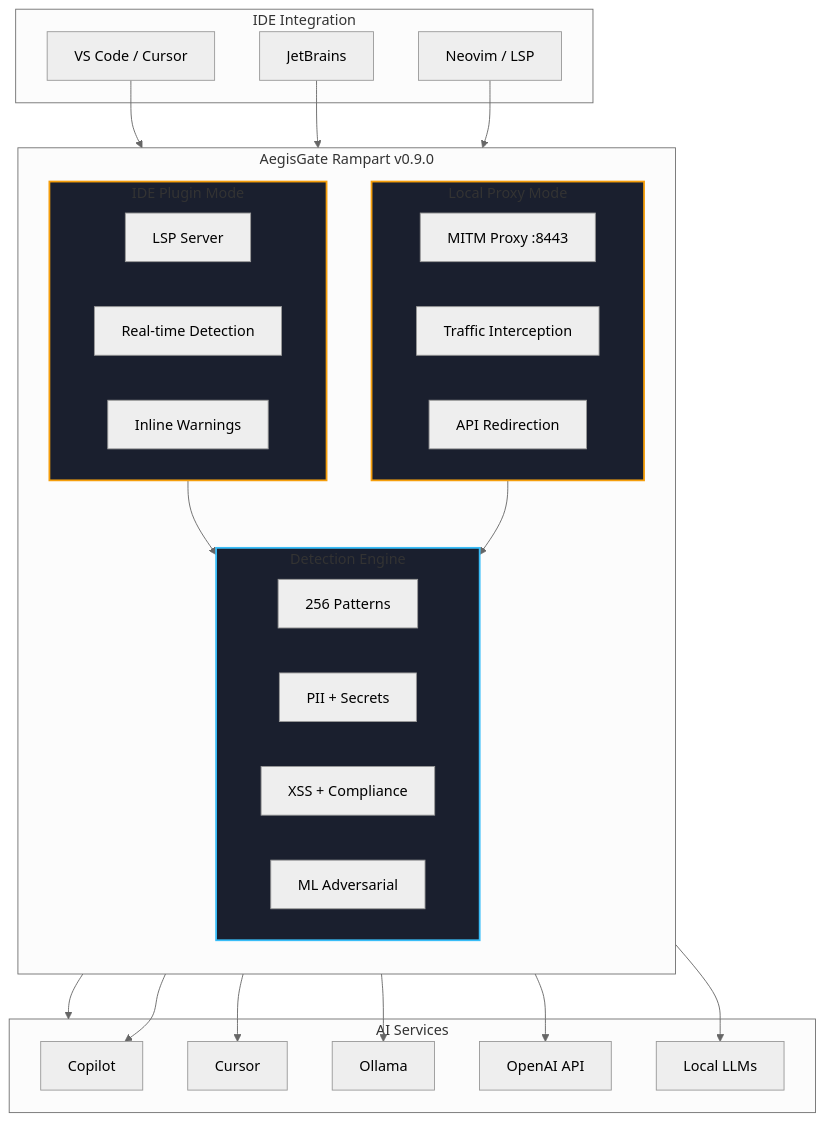
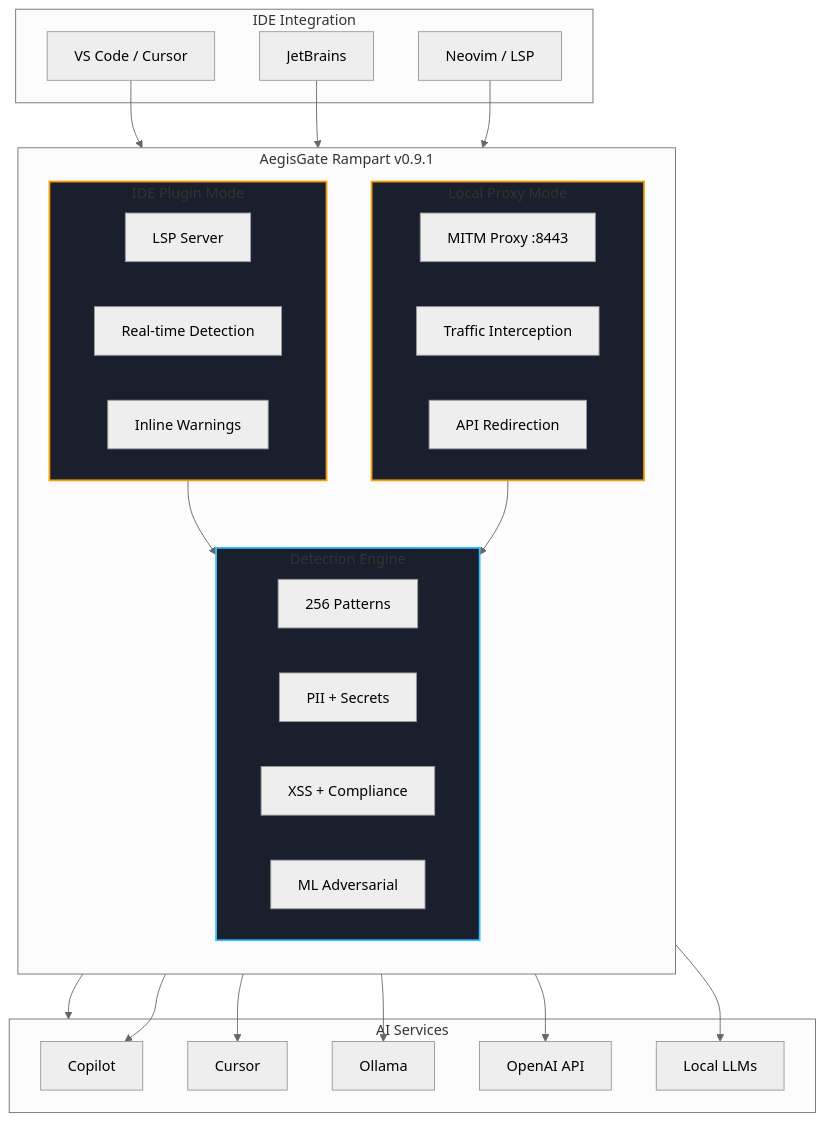
The first of 3 diagrams in content/rampart/_index.md (aegisgatesecurity/aegisgate-site), drawn with Mermaid (neutral theme) before and after one commit. The commit also changed other lines of this file and 19 other files, not shown here.

```diff
--- a/content/rampart/_index.md
+++ b/content/rampart/_index.md
@@ -77,57 +77,57 @@
 {{< mermaid >}}
 flowchart TD
     subgraph IDE["IDE Integration"]
         VS[VS Code / Cursor]
         JB[JetBrains]
         NV[Neovim / LSP]
     end
 
-    subgraph Rampart["AegisGate Rampart v0.9.0"]
+    subgraph Rampart["AegisGate Rampart v0.9.1"]
         direction TB
         
         subgraph PluginMode["IDE Plugin Mode"]
             PM1[LSP Server]
             PM2[Real-time Detection]
             PM3[Inline Warnings]
         end
         
         subgraph ProxyMode["Local Proxy Mode"]
             PX1[MITM Proxy :8443]
             PX2[Traffic Interception]
             PX3[API Redirection]
         end
         
         subgraph Engine["Detection Engine"]
             E1[256 Patterns]
             E2[PII + Secrets]
             E3[XSS + Compliance]
             E4[ML Adversarial]
         end
     end
 
     subgraph AI["AI Services"]
         A[Copilot]
         B[Cursor]
         C[Ollama]
         D[OpenAI API]
         E[Local LLMs]
     end
 
     VS --> PluginMode
     JB --> PluginMode
     NV --> PluginMode
     
     PluginMode --> Engine
     ProxyMode --> Engine
     
     PluginMode --> AI
     ProxyMode --> A
     ProxyMode --> B
     ProxyMode --> C
     ProxyMode --> D
     ProxyMode --> E
 
     style PluginMode fill:#1a1f2e,stroke:#f59e0b,stroke-width:2px
     style ProxyMode fill:#1a1f2e,stroke:#f59e0b,stroke-width:2px
     style Engine fill:#1a1f2e,stroke:#38bdf8,stroke-width:2px
 {{< /mermaid >}}
```
